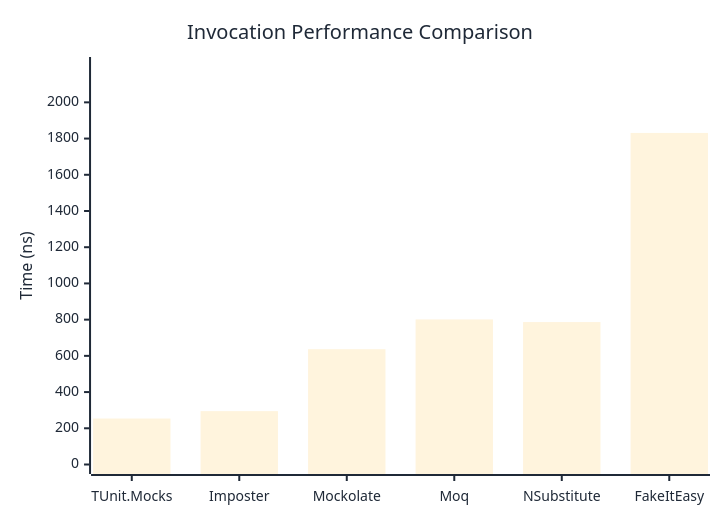
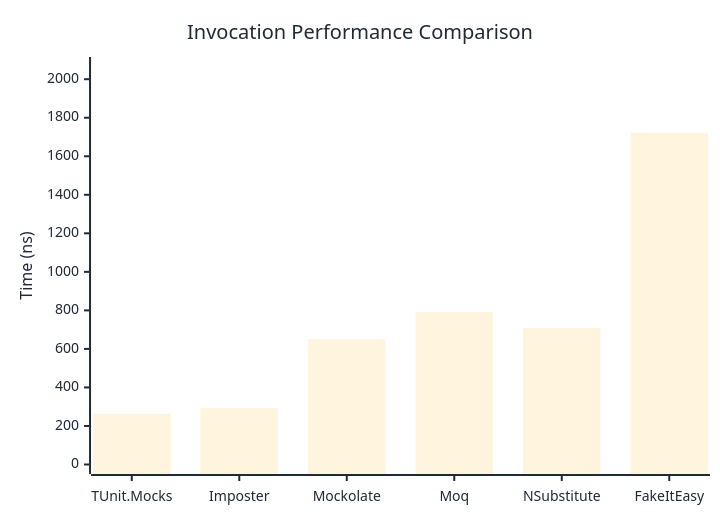
Before and after one commit to thomhurst/TUnit: the first of 3 diagrams in docs/docs/benchmarks/mocks/Invocation.md, drawn with Mermaid. The commit also changed other lines of this file and 14 other files, not shown here.

````diff
--- a/docs/docs/benchmarks/mocks/Invocation.md
+++ b/docs/docs/benchmarks/mocks/Invocation.md
@@ -28,27 +28,27 @@
 ```mermaid
 %%{init: {
   'theme':'base',
   'themeVariables': {
     'primaryColor': '#2563eb',
     'primaryTextColor': '#1f2937',
     'primaryBorderColor': '#1e40af',
     'lineColor': '#6b7280',
     'secondaryColor': '#7c3aed',
     'tertiaryColor': '#dc2626',
     'background': '#ffffff',
     'pie1': '#2563eb',
     'pie2': '#7c3aed',
     'pie3': '#dc2626',
     'pie4': '#f59e0b',
     'pie5': '#10b981',
     'pie6': '#06b6d4',
     'pie7': '#ec4899',
     'pie8': '#6366f1'
   }
 }}%%
 xychart-beta
   title "Invocation Performance Comparison"
   x-axis ["TUnit.Mocks", "Imposter", "Mockolate", "Moq", "NSubstitute", "FakeItEasy"]
-  y-axis "Time (ns)" 0 --> 2198
-  bar [253.9, 294.7, 636.9, 801.3, 786.6, 1831.1]
+  y-axis "Time (ns)" 0 --> 2066
+  bar [262.9, 292.5, 650.3, 791.2, 708.1, 1721.6]
 ```
````
